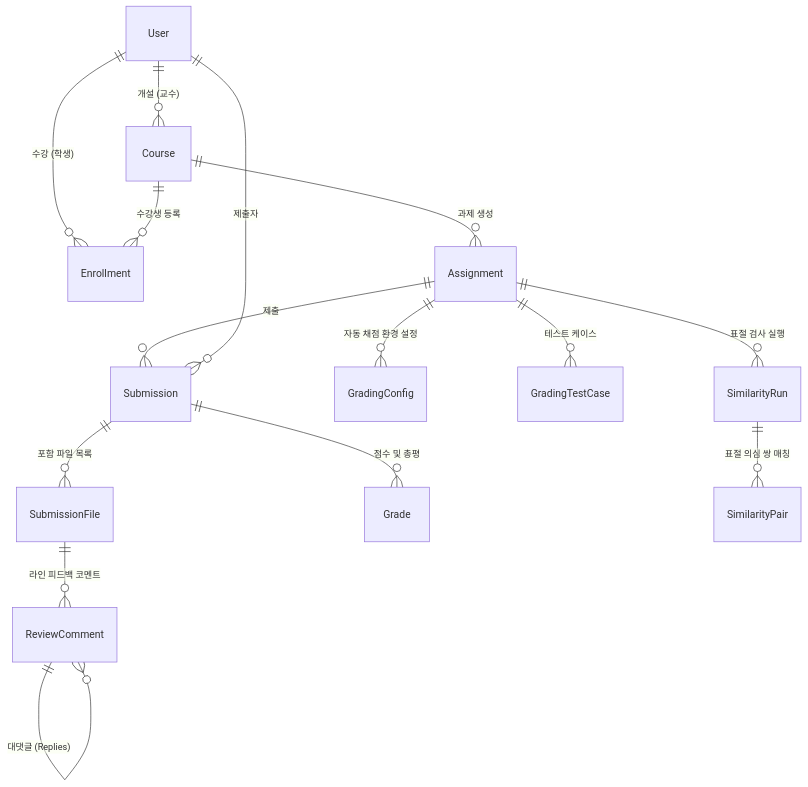
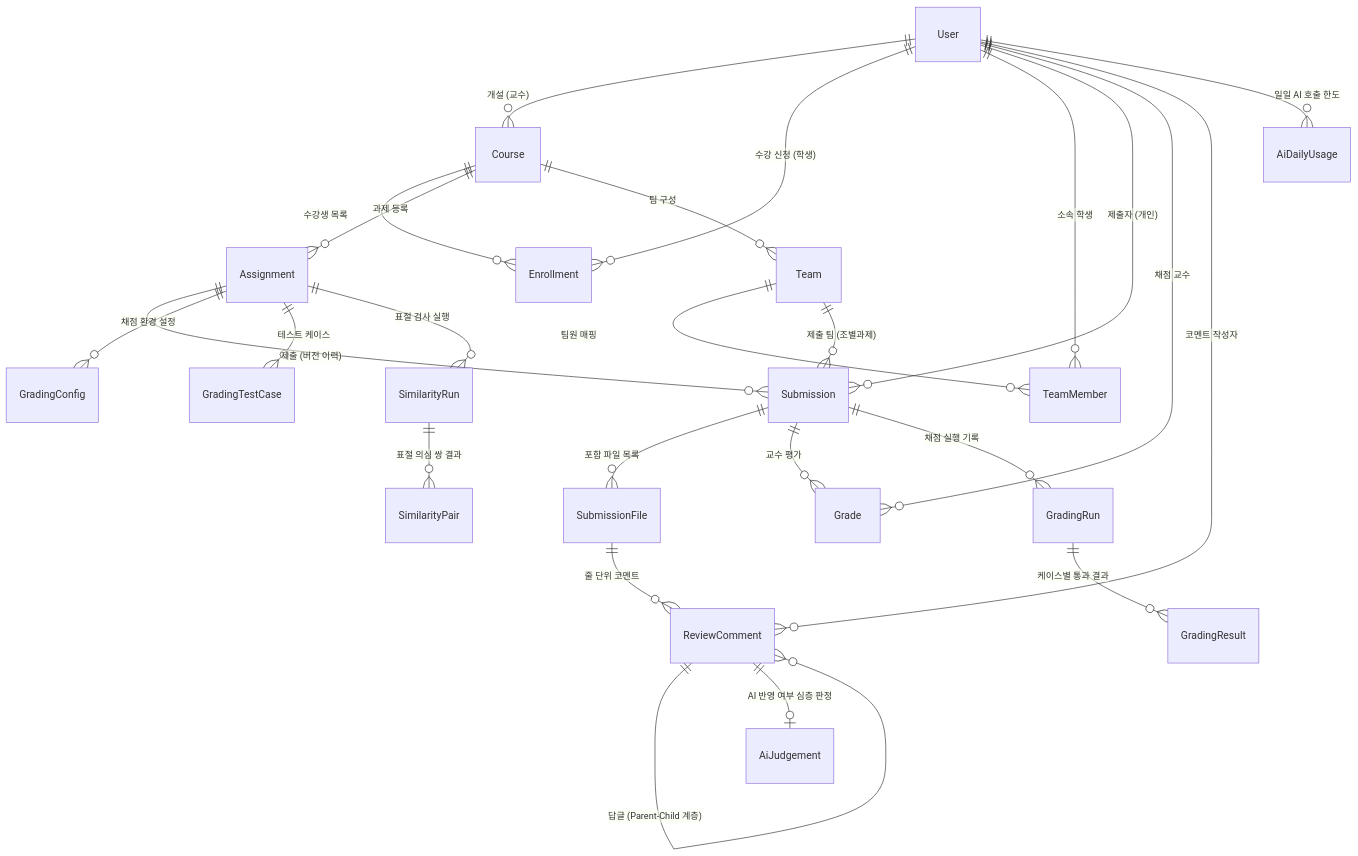
The second of 4 diagrams in docs/ARCHITECTURE.md (ksw1295/submithub), drawn with Mermaid before and after one commit. The commit also changed other lines of this file and 15 other files, not shown here.

````diff
--- a/docs/ARCHITECTURE.md
+++ b/docs/ARCHITECTURE.md
@@ -151,17 +205,32 @@
 ```mermaid
 erDiagram
     User ||--o{ Course : "개설 (교수)"
-    User ||--o{ Enrollment : "수강 (학생)"
-    Course ||--o{ Enrollment : "수강생 등록"
-    Course ||--o{ Assignment : "과제 생성"
-    Assignment ||--o{ Submission : "제출"
-    User ||--o{ Submission : "제출자"
+    User ||--o{ Enrollment : "수강 신청 (학생)"
+    Course ||--o{ Enrollment : "수강생 목록"
+    Course ||--o{ Assignment : "과제 등록"
+    Course ||--o{ Team : "팀 구성"
+    Team ||--o{ TeamMember : "팀원 매핑"
+    User ||--o{ TeamMember : "소속 학생"
+
+    Assignment ||--o{ Submission : "제출 (버전 이력)"
+    User ||--o{ Submission : "제출자 (개인)"
+    Team ||--o{ Submission : "제출 팀 (조별과제)"
     Submission ||--o{ SubmissionFile : "포함 파일 목록"
-    SubmissionFile ||--o{ ReviewComment : "라인 피드백 코멘트"
-    ReviewComment ||--o{ ReviewComment : "대댓글 (Replies)"
-    Submission ||--o{ Grade : "점수 및 총평"
-    Assignment ||--o{ GradingConfig : "자동 채점 환경 설정"
+    Submission ||--o{ Grade : "교수 평가"
+    User ||--o{ Grade : "채점 교수"
+
+    SubmissionFile ||--o{ ReviewComment : "줄 단위 코멘트"
+    User ||--o{ ReviewComment : "코멘트 작성자"
+    ReviewComment ||--o{ ReviewComment : "답글 (Parent-Child 계층)"
+
+    Assignment ||--o{ GradingConfig : "채점 환경 설정"
     Assignment ||--o{ GradingTestCase : "테스트 케이스"
+    Submission ||--o{ GradingRun : "채점 실행 기록"
+    GradingRun ||--o{ GradingResult : "케이스별 통과 결과"
+
     Assignment ||--o{ SimilarityRun : "표절 검사 실행"
-    SimilarityRun ||--o{ SimilarityPair : "표절 의심 쌍 매칭"
+    SimilarityRun ||--o{ SimilarityPair : "표절 의심 쌍 결과"
+
+    ReviewComment ||--o| AiJudgement : "AI 반영 여부 심층 판정"
+    User ||--o{ AiDailyUsage : "일일 AI 호출 한도"
 ```
````
